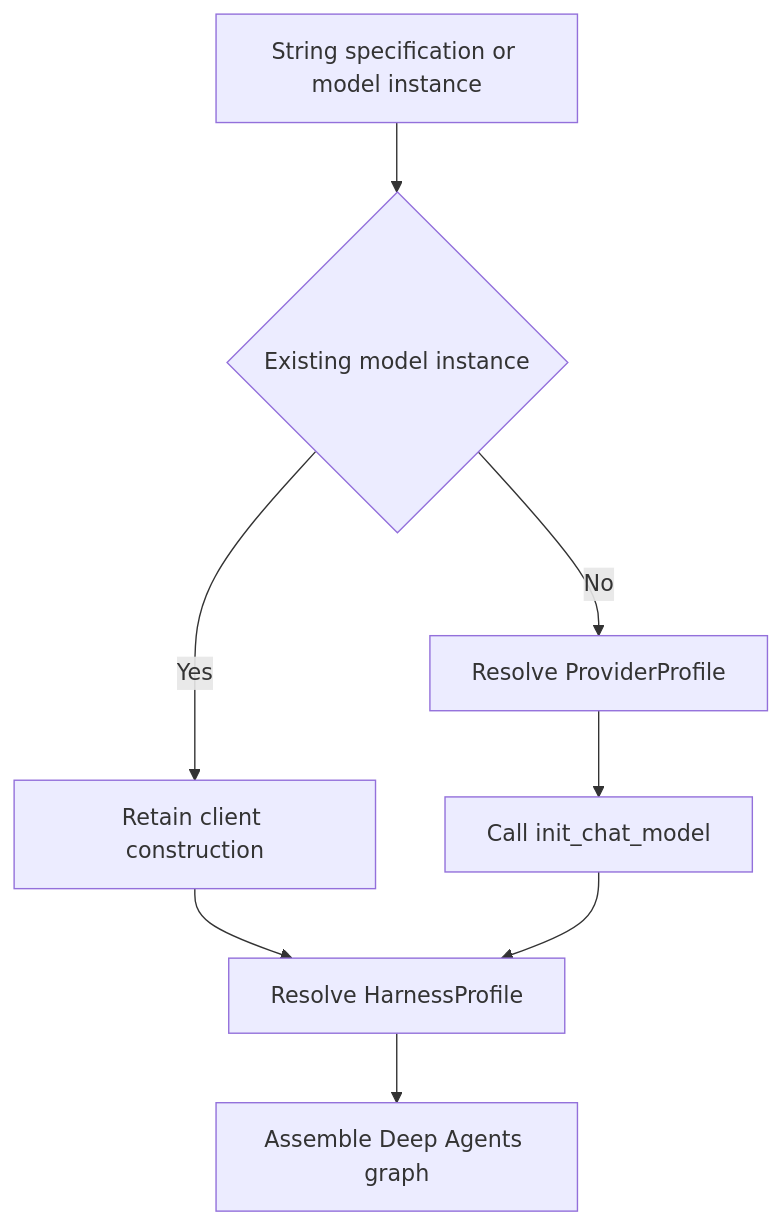
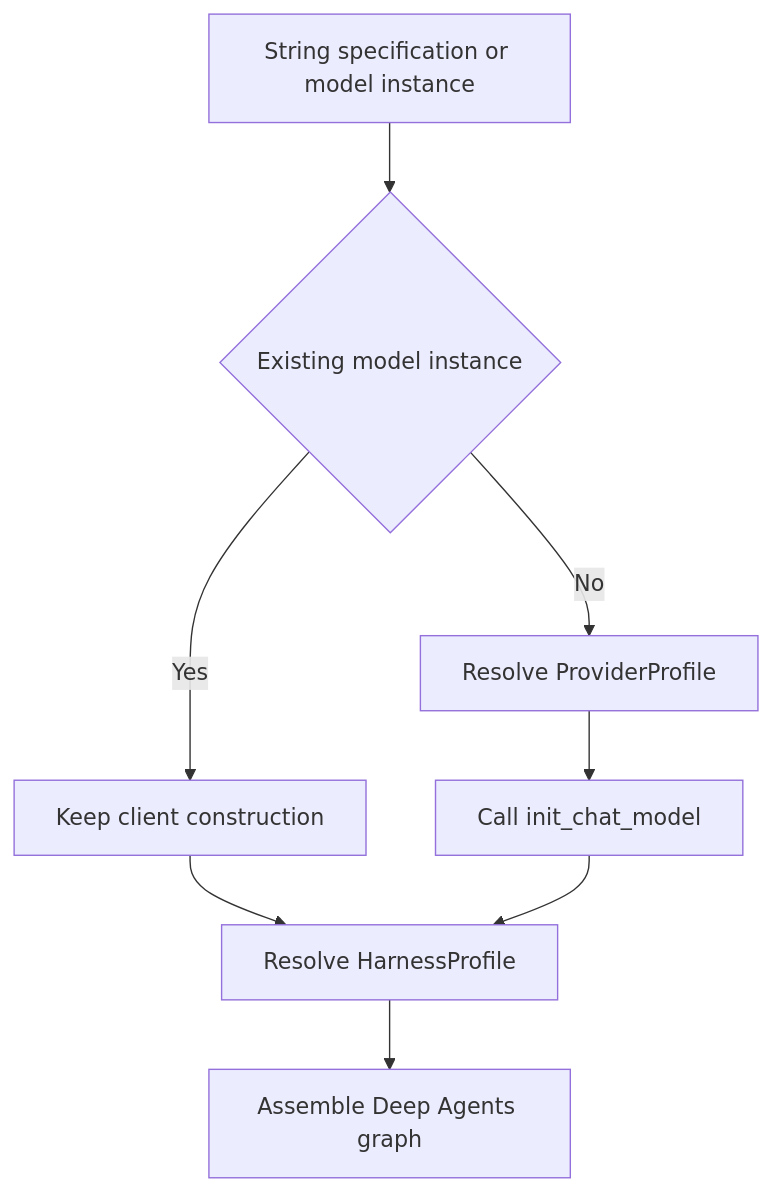
The first of 4 diagrams in openwiki/concepts/profiles-models.md (langchain-ai/deepagents), drawn with Mermaid before and after one commit. The commit also changed other lines of this file and 34 other files, not shown here.

````diff
--- a/openwiki/concepts/profiles-models.md
+++ b/openwiki/concepts/profiles-models.md
@@ -56,10 +60,10 @@
 ```mermaid
 flowchart TD
     Input["String specification or model instance"] --> Existing{"Existing model instance"}
-    Existing -->|Yes| Retain["Retain client construction"]
+    Existing -->|Yes| Retain["Keep client construction"]
     Existing -->|No| Provider["Resolve ProviderProfile"]
     Provider --> Build["Call init_chat_model"]
     Retain --> Harness["Resolve HarnessProfile"]
     Build --> Harness
     Harness --> Graph["Assemble Deep Agents graph"]
 ```
````
